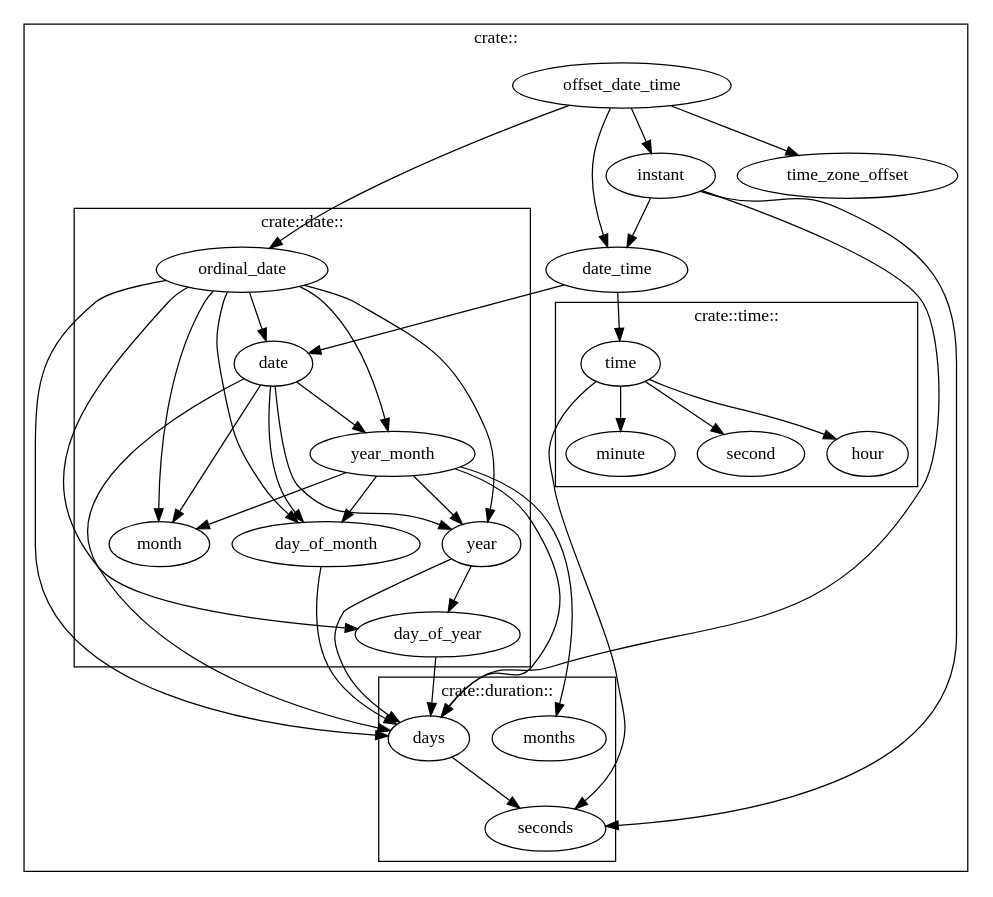
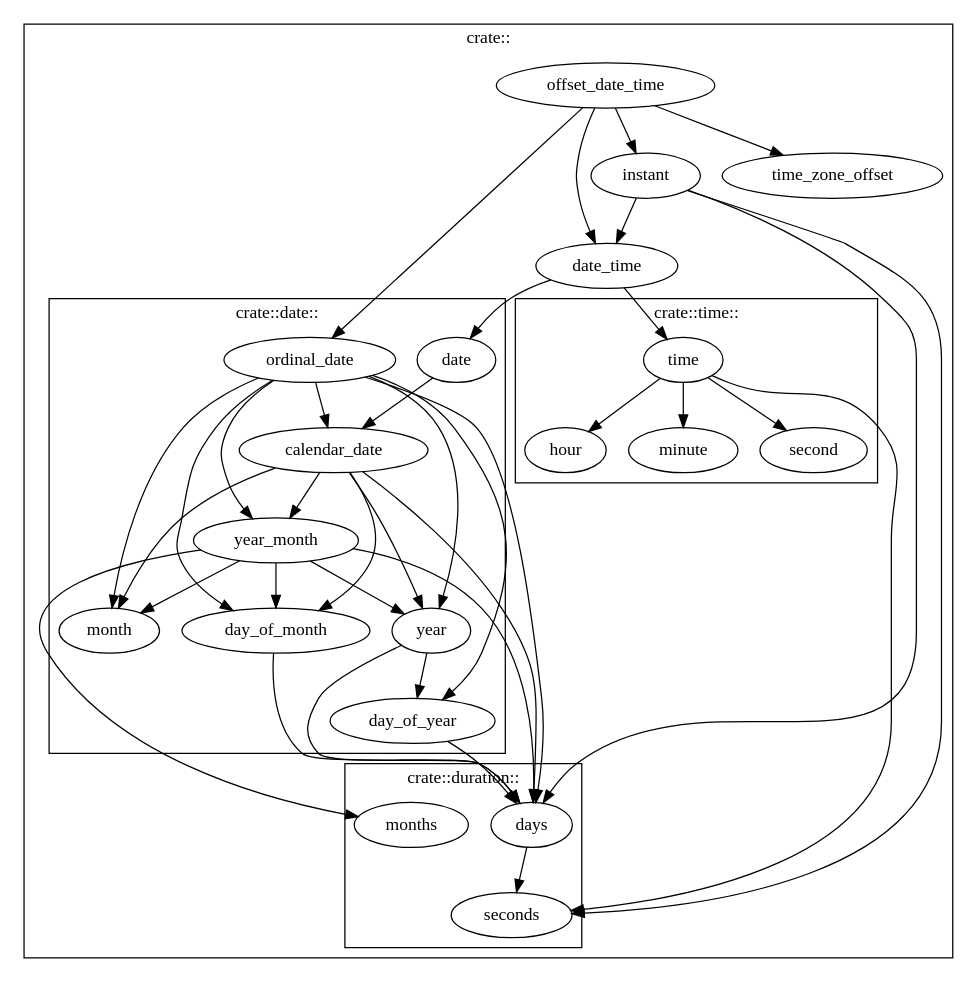
Before and after one commit to bouzuya/rust-limited-date-time: the diagram in mod_deps.dot, drawn with Graphviz. The commit also changed 5 other files, not shown here.

Commit message:
date -> calendar_date

```diff
--- a/mod_deps.dot
+++ b/mod_deps.dot
@@ -1,84 +1,86 @@
 digraph {
   // Vertex
 
   subgraph cluster3 {
     label = "crate::"
 
     subgraph cluster0 {
       label = "crate::date::"
       date
+      calendar_date
       day_of_month
       day_of_year
       month
       ordinal_date
       year
       year_month
     }
 
     subgraph cluster1 {
       label = "crate::duration::"
       days
       months
       seconds
     }
 
     subgraph cluster2 {
       label = "crate::time::"
       hour
       minute
       second
       time
     }
 
     date_time
     // date
     // duration
     instant
     offset_date_time
     time_zone_offset
     // time
   }
 
   // Edge
 
   // date::*
   day_of_month -> days
   day_of_year -> days
   year_month -> days
   year_month -> months
   year_month -> day_of_month
   year_month -> month
   year_month -> year
   year -> day_of_year
   year -> days
 
   // duration::*
   days -> seconds
 
   // crate::*
-  date -> day_of_month
-  date -> days
-  date -> month
-  date -> year
-  date -> year_month
+  date -> calendar_date
+  calendar_date -> day_of_month
+  calendar_date -> days
+  calendar_date -> month
+  calendar_date -> year
+  calendar_date -> year_month
   date_time -> date
   date_time -> time
   instant -> date_time
   instant -> days
   instant -> seconds
   offset_date_time -> date_time
   offset_date_time -> instant
   offset_date_time -> ordinal_date
   offset_date_time -> time_zone_offset
-  ordinal_date -> date
+  ordinal_date -> calendar_date
   ordinal_date -> day_of_month
   ordinal_date -> day_of_year
   ordinal_date -> days
   ordinal_date -> month
   ordinal_date -> year
   ordinal_date -> year_month
   time -> hour
   time -> minute
   time -> second
   time -> seconds
 }
```
